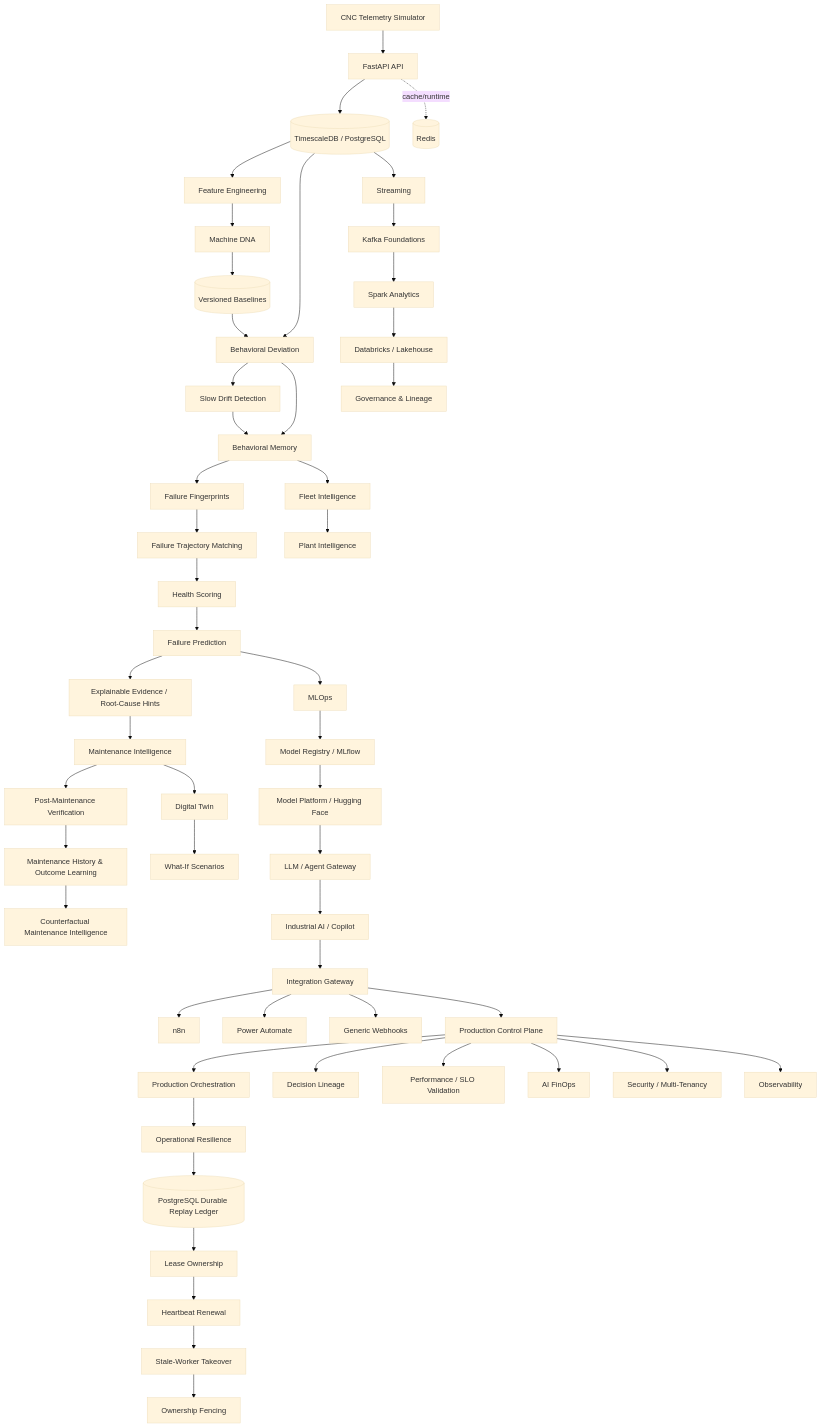
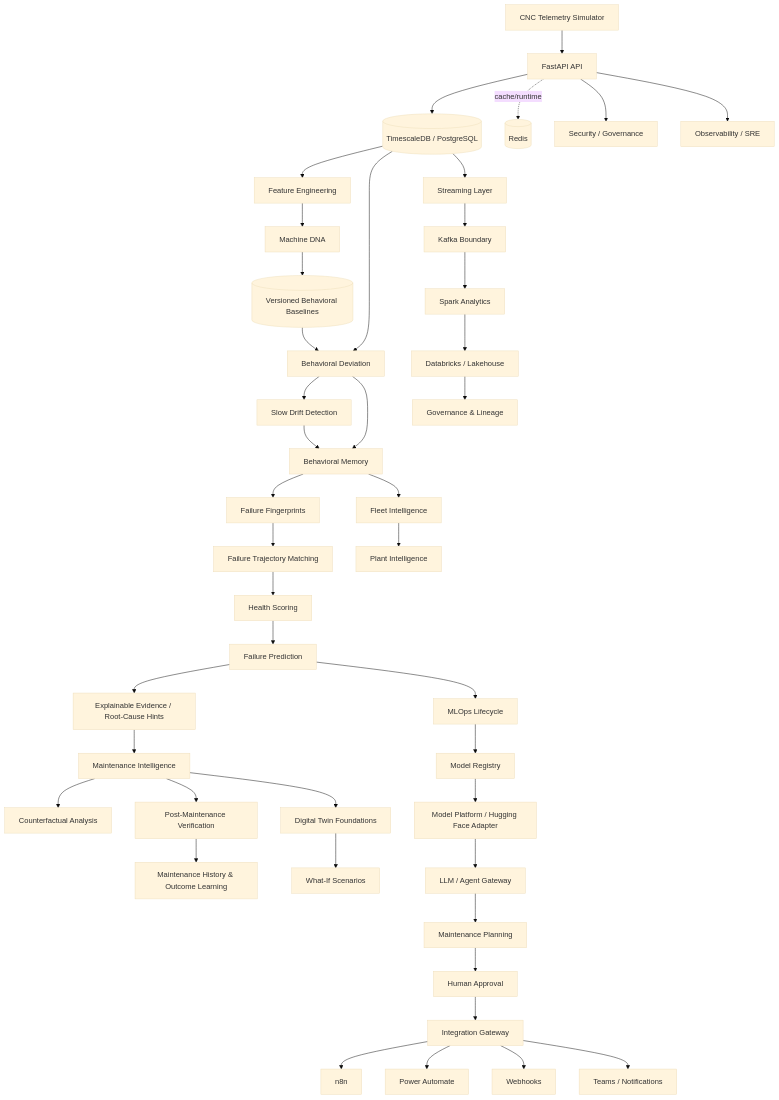
One commit to saeidkh96/redpulse-ai changed the diagram in README.md. Above: the diagram before and after it, drawn with Mermaid (base theme). The commit also changed other lines of this file, not shown here.

````diff
--- a/README.md
+++ b/README.md
@@ -94,66 +411,56 @@
 ```mermaid
 flowchart TD
     SIM[CNC Telemetry Simulator] --> API[FastAPI API]
     API --> TS[(TimescaleDB / PostgreSQL)]
     API -. cache/runtime .-> REDIS[(Redis)]
 
     TS --> FE[Feature Engineering]
     FE --> DNA[Machine DNA]
-    DNA --> BASE[(Versioned Baselines)]
+    DNA --> BASE[(Versioned Behavioral Baselines)]
 
     TS --> DEV[Behavioral Deviation]
     BASE --> DEV
     DEV --> DRIFT[Slow Drift Detection]
     DEV --> MEM[Behavioral Memory]
     DRIFT --> MEM
 
     MEM --> FAIL[Failure Fingerprints]
     FAIL --> TRAJ[Failure Trajectory Matching]
     TRAJ --> HEALTH[Health Scoring]
     HEALTH --> PRED[Failure Prediction]
     PRED --> EXPLAIN[Explainable Evidence / Root-Cause Hints]
 
     EXPLAIN --> MAINT[Maintenance Intelligence]
+    MAINT --> CF[Counterfactual Analysis]
     MAINT --> VERIFY[Post-Maintenance Verification]
     VERIFY --> HISTORY[Maintenance History & Outcome Learning]
-    HISTORY --> CF[Counterfactual Maintenance Intelligence]
 
     MEM --> FLEET[Fleet Intelligence]
     FLEET --> PLANT[Plant Intelligence]
 
-    TS --> STREAM[Streaming]
-    STREAM --> KAFKA[Kafka Foundations]
+    TS --> STREAM[Streaming Layer]
+    STREAM --> KAFKA[Kafka Boundary]
     KAFKA --> SPARK[Spark Analytics]
     SPARK --> LAKE[Databricks / Lakehouse]
     LAKE --> GOV[Governance & Lineage]
 
-    PRED --> MLOPS[MLOps]
-    MLOPS --> REGISTRY[Model Registry / MLflow]
-    REGISTRY --> MODEL[Model Platform / Hugging Face]
-    MODEL --> LLM[LLM / Agent Gateway]
-    LLM --> INDUSTRIAL[Industrial AI / Copilot]
+    PRED --> MLOPS[MLOps Lifecycle]
+    MLOPS --> REGISTRY[Model Registry]
+    REGISTRY --> MODEL[Model Platform / Hugging Face Adapter]
+    MODEL --> AGENT[LLM / Agent Gateway]
 
-    INDUSTRIAL --> INTEGRATION[Integration Gateway]
+    AGENT --> PLAN[Maintenance Planning]
+    PLAN --> APPROVAL[Human Approval]
+    APPROVAL --> INTEGRATION[Integration Gateway]
+
     INTEGRATION --> N8N[n8n]
     INTEGRATION --> PA[Power Automate]
-    INTEGRATION --> WEBHOOK[Generic Webhooks]
+    INTEGRATION --> WEBHOOK[Webhooks]
+    INTEGRATION --> TEAMS[Teams / Notifications]
 
-    INTEGRATION --> PROD[Production Control Plane]
-    PROD --> ORCH[Production Orchestration]
-    ORCH --> RES[Operational Resilience]
+    API --> SEC[Security / Governance]
+    API --> OBS[Observability / SRE]
 
-    RES --> REPLAY[(PostgreSQL Durable Replay Ledger)]
-    REPLAY --> LEASE[Lease Ownership]
-    LEASE --> HEARTBEAT[Heartbeat Renewal]
-    HEARTBEAT --> TAKEOVER[Stale-Worker Takeover]
-    TAKEOVER --> FENCE[Ownership Fencing]
-
-    PROD --> LINEAGE[Decision Lineage]
-    PROD --> PERF[Performance / SLO Validation]
-    PROD --> FINOPS[AI FinOps]
-    PROD --> SEC[Security / Multi-Tenancy]
-    PROD --> OBS[Observability]
-
-    MAINT --> TWIN[Digital Twin]
+    MAINT --> TWIN[Digital Twin Foundations]
     TWIN --> WHATIF[What-If Scenarios]
 ```
````
